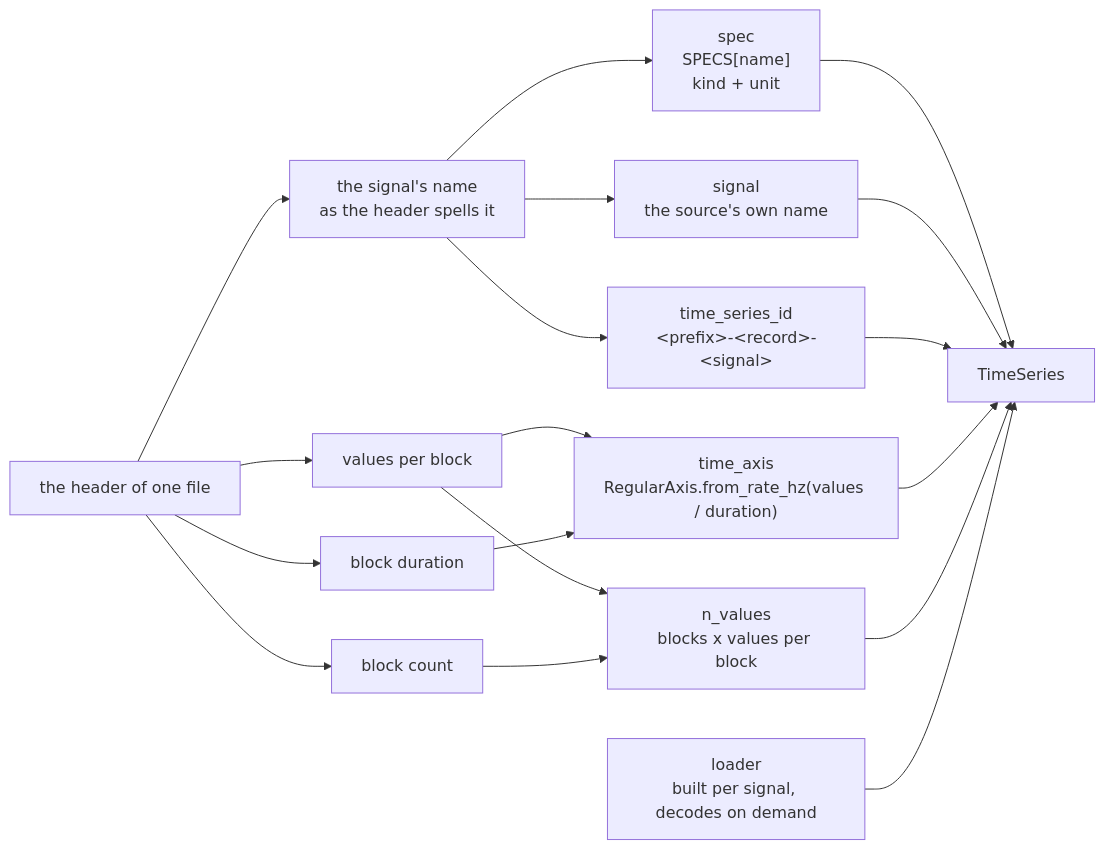
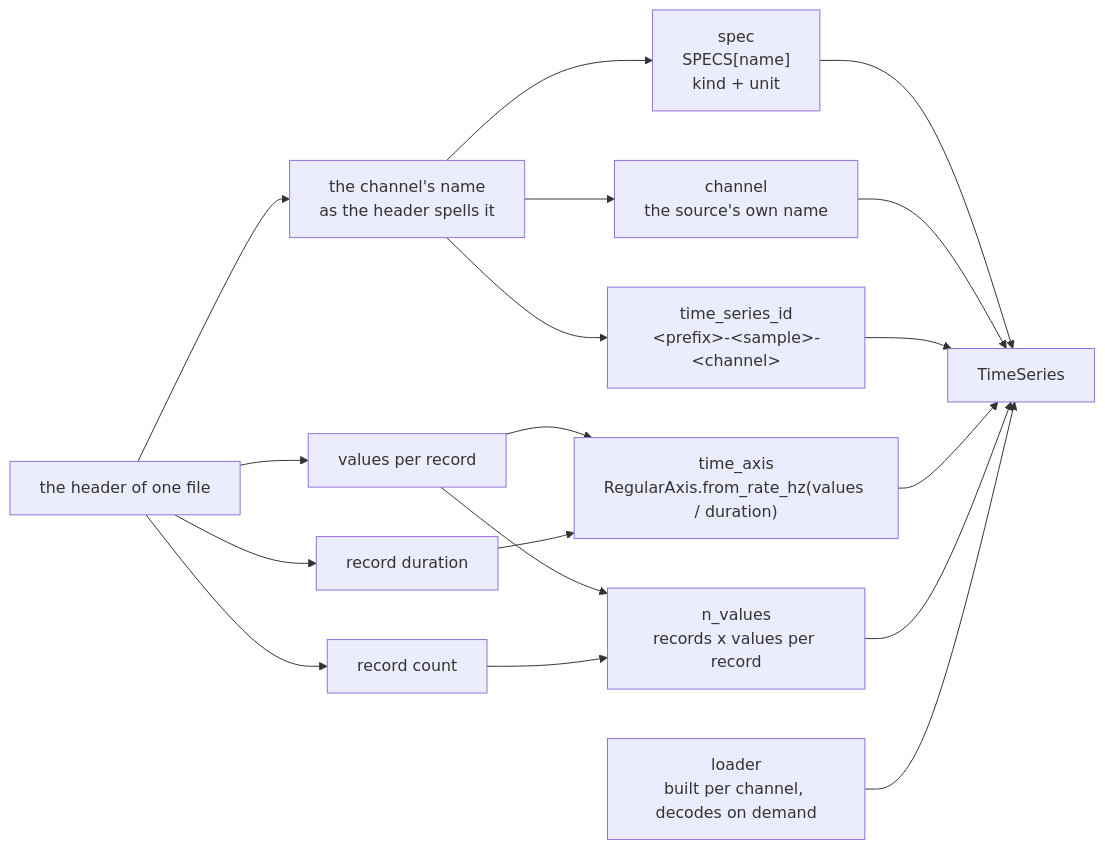
The diagram in .agents/skills/add-dataset-connector/references/layout.md (OpenTSLM/TimeNet), drawn with Mermaid before and after one commit. The commit also changed other lines of this file and 7 other files, not shown here.

````diff
--- a/.agents/skills/add-dataset-connector/references/layout.md
+++ b/.agents/skills/add-dataset-connector/references/layout.md
@@ -208,25 +208,25 @@
 ```mermaid
 flowchart LR
     hdr["the header of one file"]
-    nm["the signal's name<br/>as the header spells it"]
-    ct["values per block"]
-    du["block duration"]
-    nr["block count"]
+    nm["the channel's name<br/>as the header spells it"]
+    ct["values per record"]
+    du["record duration"]
+    nr["record count"]
     hdr --> nm
     hdr --> ct
     hdr --> du
     hdr --> nr
     nm --> sp["spec<br/>SPECS[name]<br/>kind + unit"]
-    nm --> ch["signal<br/>the source's own name"]
-    nm --> id["time_series_id<br/>&lt;prefix&gt;-&lt;record&gt;-&lt;signal&gt;"]
+    nm --> ch["channel<br/>the source's own name"]
+    nm --> id["time_series_id<br/>&lt;prefix&gt;-&lt;sample&gt;-&lt;channel&gt;"]
     ct --> ax["time_axis<br/>RegularAxis.from_rate_hz(values / duration)"]
     du --> ax
-    ct --> nv["n_values<br/>blocks x values per block"]
+    ct --> nv["n_values<br/>records x values per record"]
     nr --> nv
     sp --> ts["TimeSeries"]
     ch --> ts
     id --> ts
     ax --> ts
     nv --> ts
-    ld["loader<br/>built per signal, decodes on demand"] --> ts
+    ld["loader<br/>built per channel, decodes on demand"] --> ts
 ```
````
